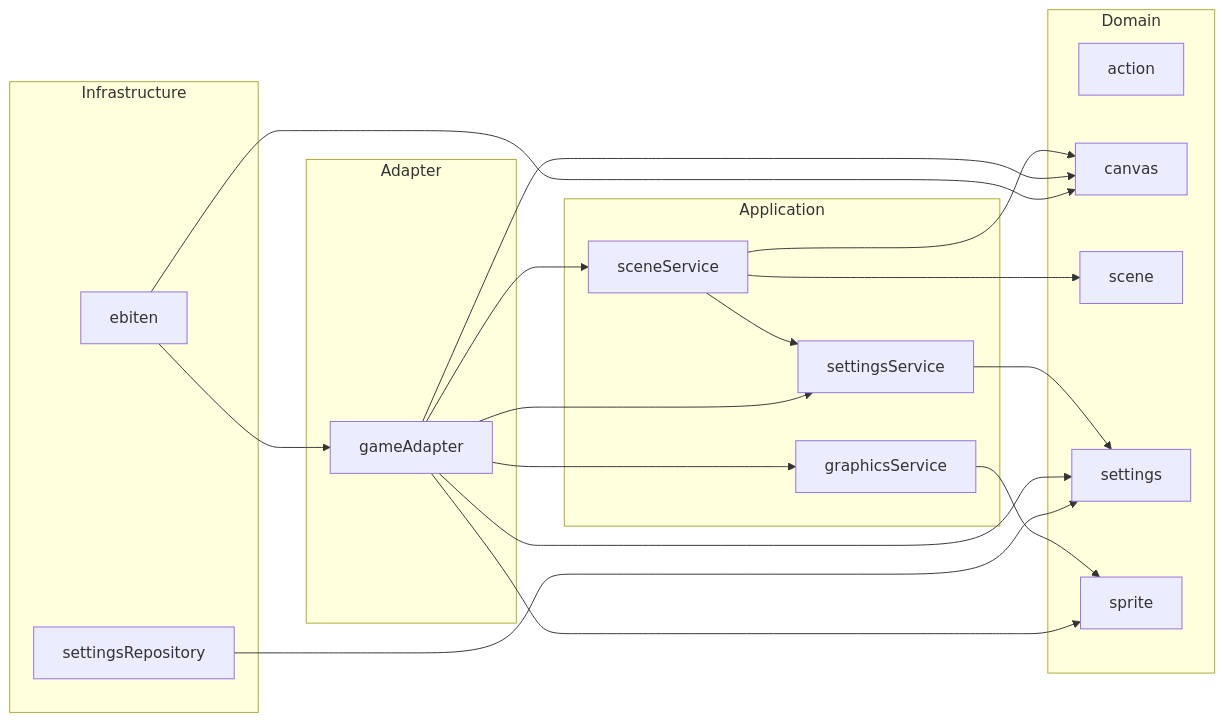
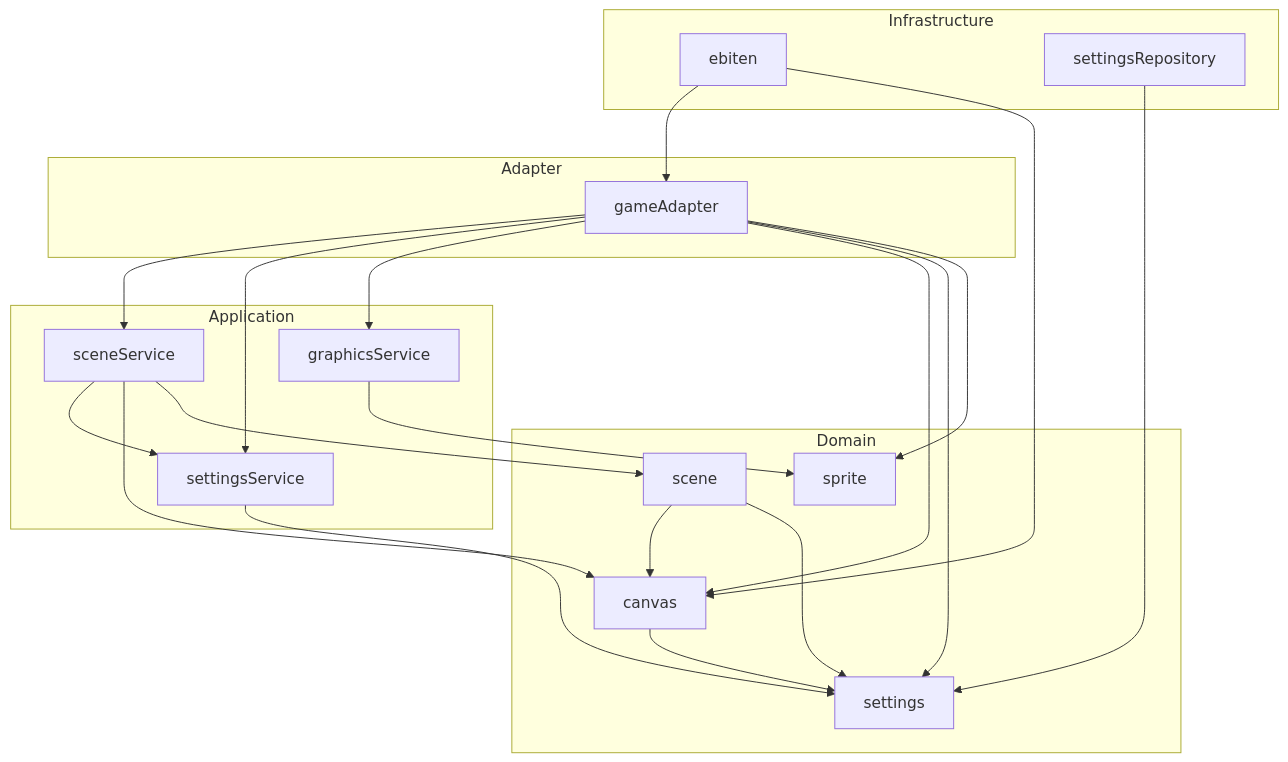
Before and after one commit to maladroitthief/entree: the diagram in README.md, drawn with Mermaid. The commit also changed other lines of this file and 1 other file, not shown here.

Commit message:
feat: System Architecture
- Adds more dependencies
- Removes legacy action domain for now

````diff
--- a/README.md
+++ b/README.md
@@ -7,39 +9,41 @@
 ```mermaid
-graph LR
+graph
   subgraph Infrastructure
     ebiten
     settingsRepository
   end
 
   subgraph Adapter
     gameAdapter
     ebiten --> gameAdapter
   end
 
   subgraph Application
     sceneService
     gameAdapter --> sceneService
     settingsService
     gameAdapter --> settingsService
     sceneService --> settingsService
     graphicsService
     gameAdapter --> graphicsService
   end
 
   subgraph Domain
-    action
     canvas
+    canvas --> settings
     ebiten --> canvas
     gameAdapter --> canvas
     sceneService --> canvas
     scene
+    scene --> canvas
+    scene --> settings
     sceneService --> scene
     settings
     settingsRepository --> settings
     gameAdapter --> settings
     settingsService --> settings
     sprite
     gameAdapter --> sprite
     graphicsService --> sprite
   end
 ```
````
